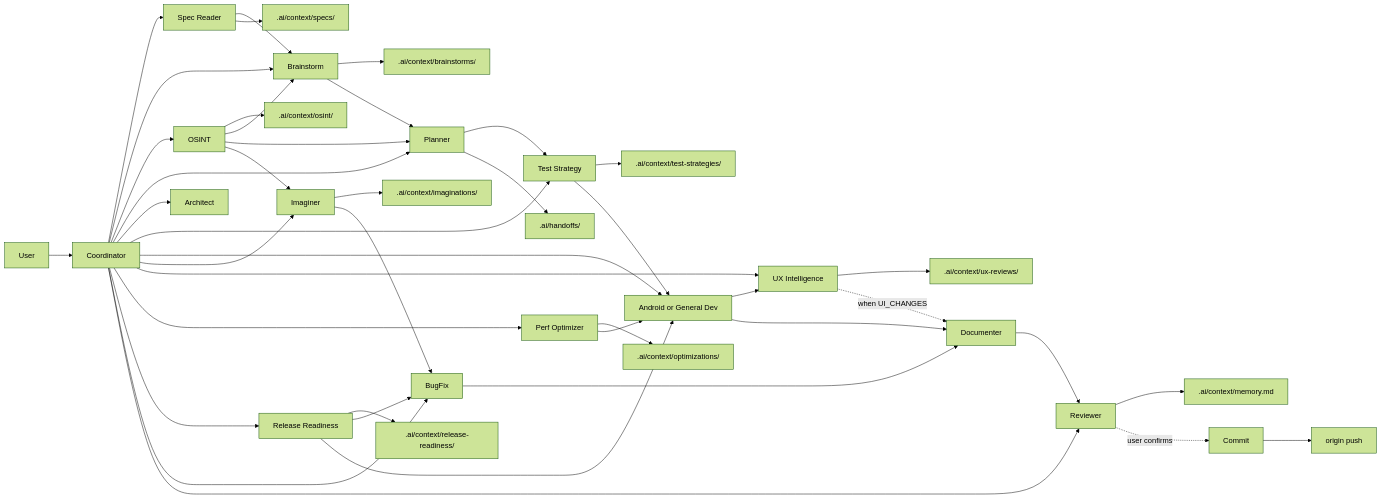
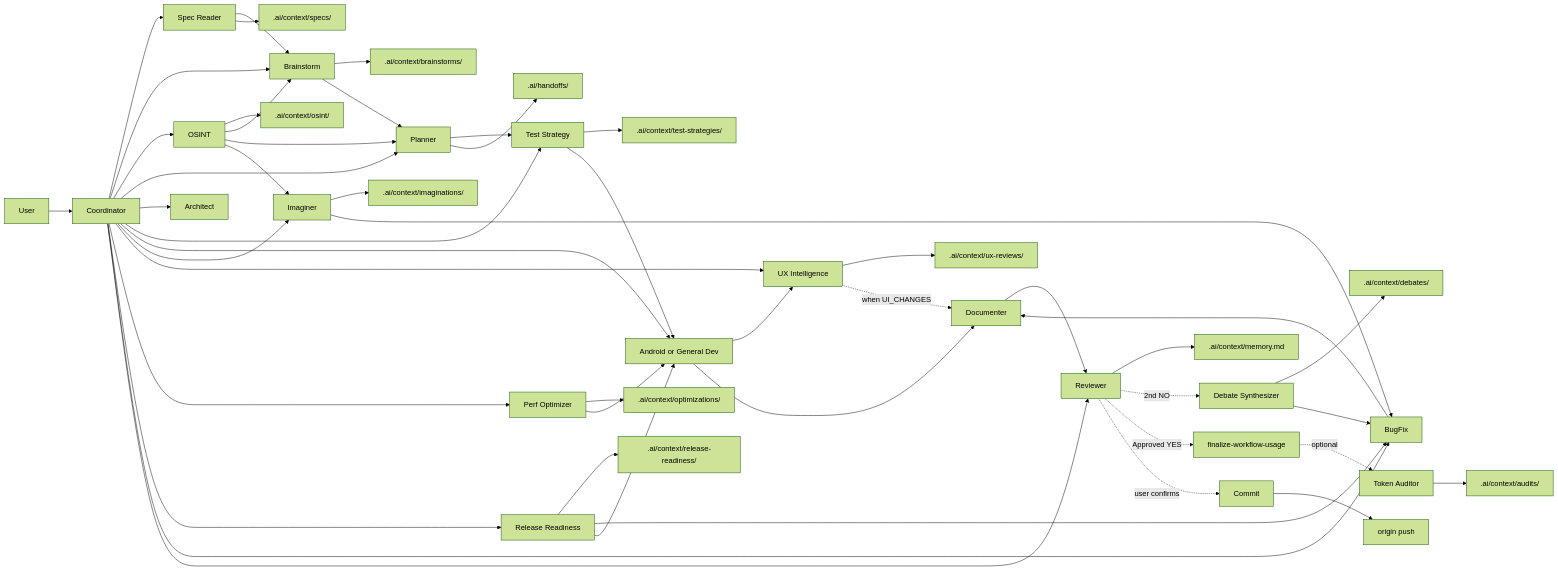
The diagram in skills/multi-agent-system/SKILL.md (h4xi0n/mas-cursor-framework), drawn with Mermaid (forest theme) before and after one commit. The commit also changed other lines of this file and 28 other files, not shown here.

````diff
--- a/skills/multi-agent-system/SKILL.md
+++ b/skills/multi-agent-system/SKILL.md
@@ -31,45 +31,51 @@
 ```mermaid
 flowchart LR
     User --> Coordinator
     Coordinator --> SpecReader[Spec Reader]
     SpecReader --> Brainstorm
     SpecReader --> SpecBrief[".ai/context/specs/"]
     Coordinator --> Brainstorm
     Brainstorm --> BrainstormBrief[".ai/context/brainstorms/"]
     Coordinator --> OSINT
     OSINT --> OSINTBrief[".ai/context/osint/"]
     OSINT --> Brainstorm
     OSINT --> Planner
     Brainstorm --> Planner
     Coordinator --> Planner
     Planner --> TestStrategy
     Coordinator --> Architect
     Coordinator --> TestStrategy[Test Strategy]
     TestStrategy --> TestBrief[".ai/context/test-strategies/"]
     TestStrategy --> DevAgent[Android or General Dev]
     Coordinator --> DevAgent[Android or General Dev]
     Coordinator --> Imaginer
     OSINT --> Imaginer
     Coordinator --> UXIntel[UX Intelligence]
     Imaginer --> ImaginationBrief[".ai/context/imaginations/"]
     UXIntel --> UXBrief[".ai/context/ux-reviews/"]
     Imaginer --> BugFix
     Coordinator --> PerfOptimizer[Perf Optimizer]
     PerfOptimizer --> OptimizationBrief[".ai/context/optimizations/"]
     PerfOptimizer --> DevAgent
     Coordinator --> ReleaseReadiness[Release Readiness]
     ReleaseReadiness --> ReleaseBrief[".ai/context/release-readiness/"]
     ReleaseReadiness --> BugFix
     ReleaseReadiness --> DevAgent
     Coordinator --> BugFix
     DevAgent --> UXIntel
     UXIntel -.->|when UI_CHANGES| Documenter
     DevAgent --> Documenter
     BugFix --> Documenter
     Documenter --> Reviewer
     Coordinator --> Reviewer
     Planner --> Handoff[.ai/handoffs/]
     Reviewer --> Memory[.ai/context/memory.md]
+    Reviewer -.->|2nd NO| Debate[Debate Synthesizer]
+    Debate --> DebateBrief[".ai/context/debates/"]
+    Debate --> BugFix
+    Reviewer -.->|Approved YES| Finalize[finalize-workflow-usage]
+    Finalize -.->|optional| TokenAuditor[Token Auditor]
+    TokenAuditor --> AuditBrief[".ai/context/audits/"]
     Reviewer -.->|user confirms| Commit[Commit]
     Commit --> Remote[origin push]
 ```
````
